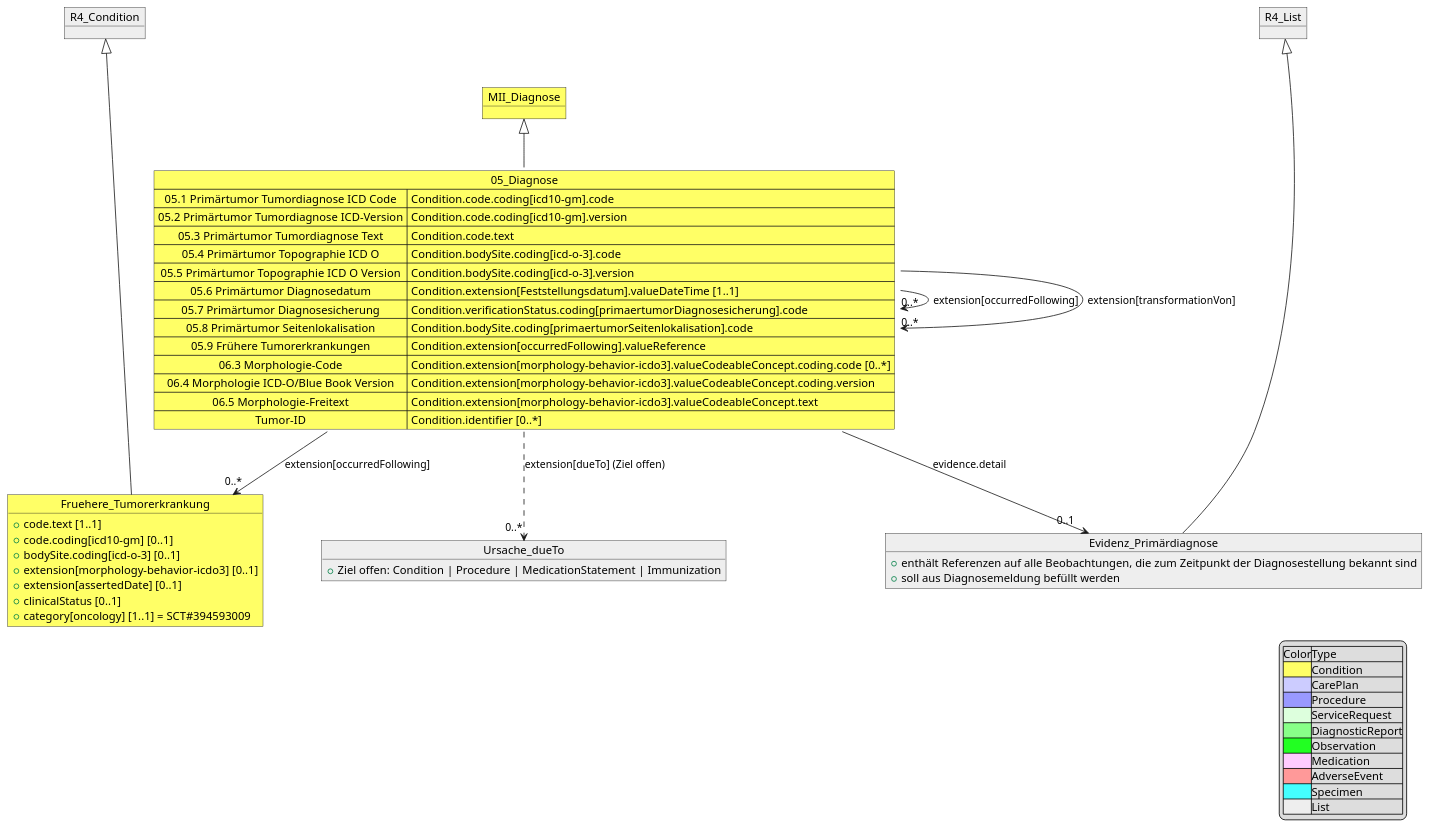
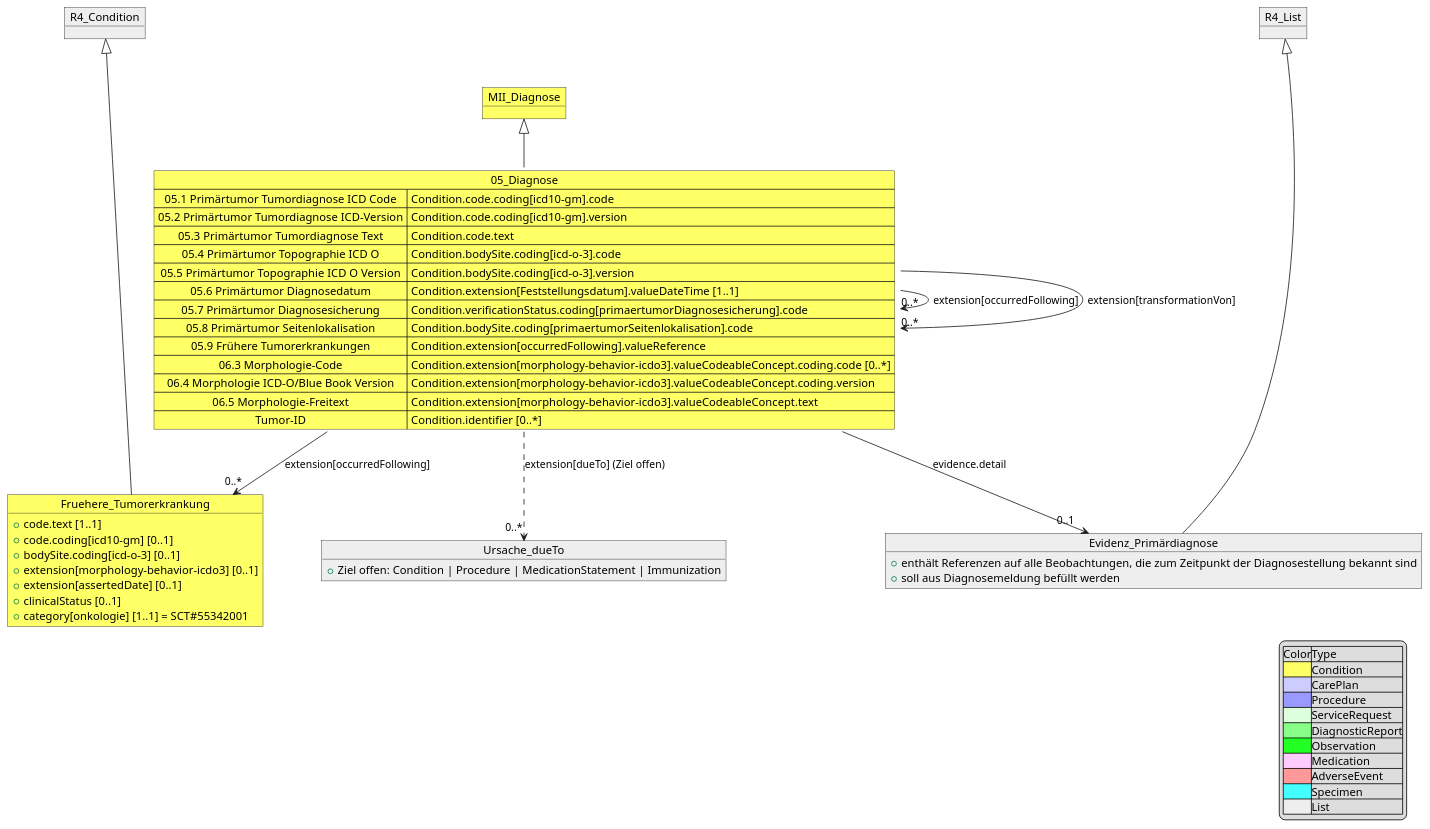
Before and after one commit to medizininformatik-initiative/kerndatensatzmodul-onkologie: the diagram in input/images-source/MII_Onko_05_Diagnosis.pu, drawn with PlantUML. The commit also changed 13 other files, not shown here.

```diff
--- a/input/images-source/MII_Onko_05_Diagnosis.pu
+++ b/input/images-source/MII_Onko_05_Diagnosis.pu
@@ -1,65 +1,65 @@
 @startuml MII_Onko_05_Diagnosis
 object MII_Diagnose #FFFF66
 Map 05_Diagnose #FFFF66 {
  05.1 Primärtumor Tumordiagnose ICD Code => Condition.code.coding[icd10-gm].code
  05.2 Primärtumor Tumordiagnose ICD-Version => Condition.code.coding[icd10-gm].version
  05.3 Primärtumor Tumordiagnose Text => Condition.code.text
  05.4 Primärtumor Topographie ICD O => Condition.bodySite.coding[icd-o-3].code
  05.5 Primärtumor Topographie ICD O Version => Condition.bodySite.coding[icd-o-3].version
  05.6 Primärtumor Diagnosedatum => Condition.extension[Feststellungsdatum].valueDateTime [1..1]
  05.7 Primärtumor Diagnosesicherung => Condition.verificationStatus.coding[primaertumorDiagnosesicherung].code
  05.8 Primärtumor Seitenlokalisation => Condition.bodySite.coding[primaertumorSeitenlokalisation].code
  05.9 Frühere Tumorerkrankungen => Condition.extension[occurredFollowing].valueReference
  06.3 Morphologie-Code => Condition.extension[morphology-behavior-icdo3].valueCodeableConcept.coding.code [0..*]
  06.4 Morphologie ICD-O/Blue Book Version => Condition.extension[morphology-behavior-icdo3].valueCodeableConcept.coding.version
  06.5 Morphologie-Freitext => Condition.extension[morphology-behavior-icdo3].valueCodeableConcept.text
  Tumor-ID => Condition.identifier [0..*]
 }
 
 MII_Diagnose <|-down- 05_Diagnose
 
 object R4_Condition #EEEEEE
 object Fruehere_Tumorerkrankung #FFFF66 {
     + code.text [1..1]
     + code.coding[icd10-gm] [0..1]
     + bodySite.coding[icd-o-3] [0..1]
     + extension[morphology-behavior-icdo3] [0..1]
     + extension[assertedDate] [0..1]
     + clinicalStatus [0..1]
-    + category[oncology] [1..1] = SCT#394593009
+    + category[onkologie] [1..1] = SCT#55342001
 }
 R4_Condition <|---- Fruehere_Tumorerkrankung
 05_Diagnose --> "0..*" Fruehere_Tumorerkrankung : extension[occurredFollowing]
 05_Diagnose --> "0..*" 05_Diagnose : extension[occurredFollowing]
 05_Diagnose --> "0..*" 05_Diagnose : extension[transformationVon]
 
 object Ursache_dueTo #EEEEEE {
     + Ziel offen: Condition | Procedure | MedicationStatement | Immunization
 }
 05_Diagnose ..> "0..*" Ursache_dueTo : extension[dueTo] (Ziel offen)
 
 object R4_List #EEEEEE
 object Evidenz_Primärdiagnose #EEEEEE {
     + enthält Referenzen auf alle Beobachtungen, die zum Zeitpunkt der Diagnosestellung bekannt sind
     + soll aus Diagnosemeldung befüllt werden
 }
 R4_List <|---- Evidenz_Primärdiagnose
 05_Diagnose --> "0..1" Evidenz_Primärdiagnose : evidence.detail
 
 legend right 
 |Color|Type|
 |<#FFFF66>|Condition|
 |<#CCCCFF>|CarePlan|
 |<#9999FF>|Procedure|
 |<#DDFFDD>|ServiceRequest|
 |<#88FF88>|DiagnosticReport|
 |<#22FF22>|Observation|
 |<#FFCCFF>|Medication|
 |<#FF9999>|AdverseEvent|
 |<#44FFFF>|Specimen|
 |<#EEEEEE>|List|
 endlegend
 
 
 
 @enduml
```
